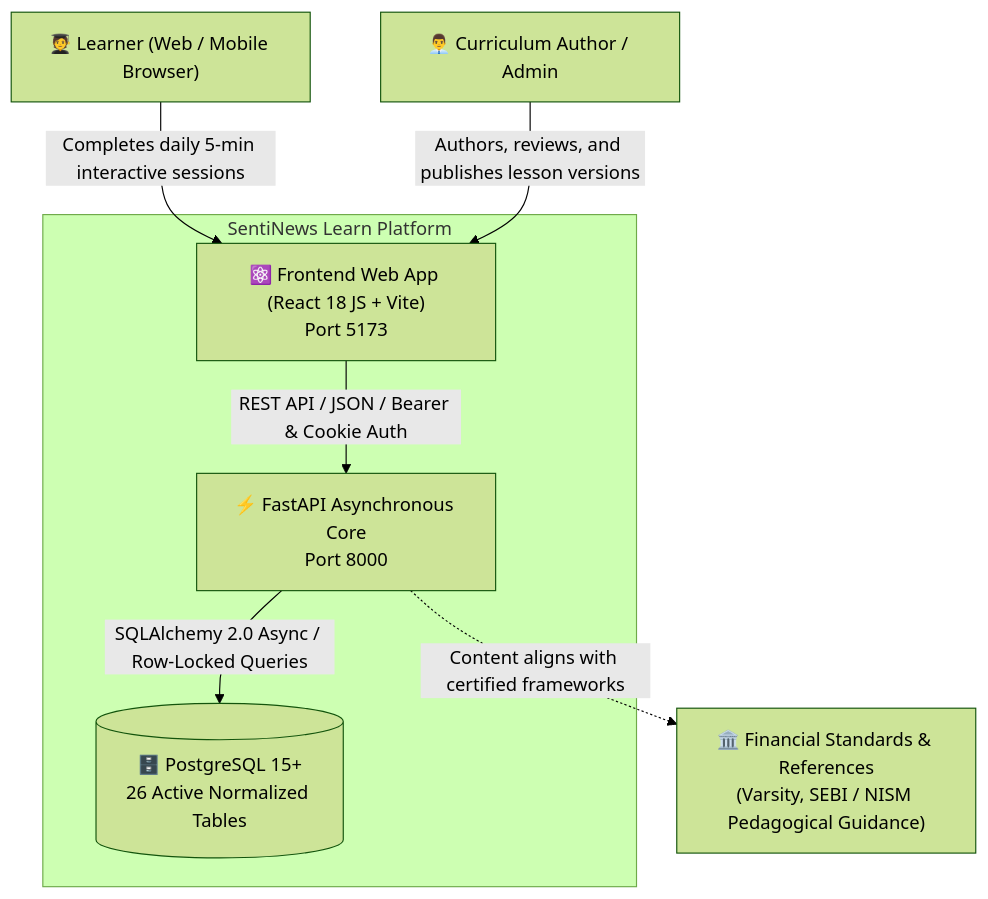
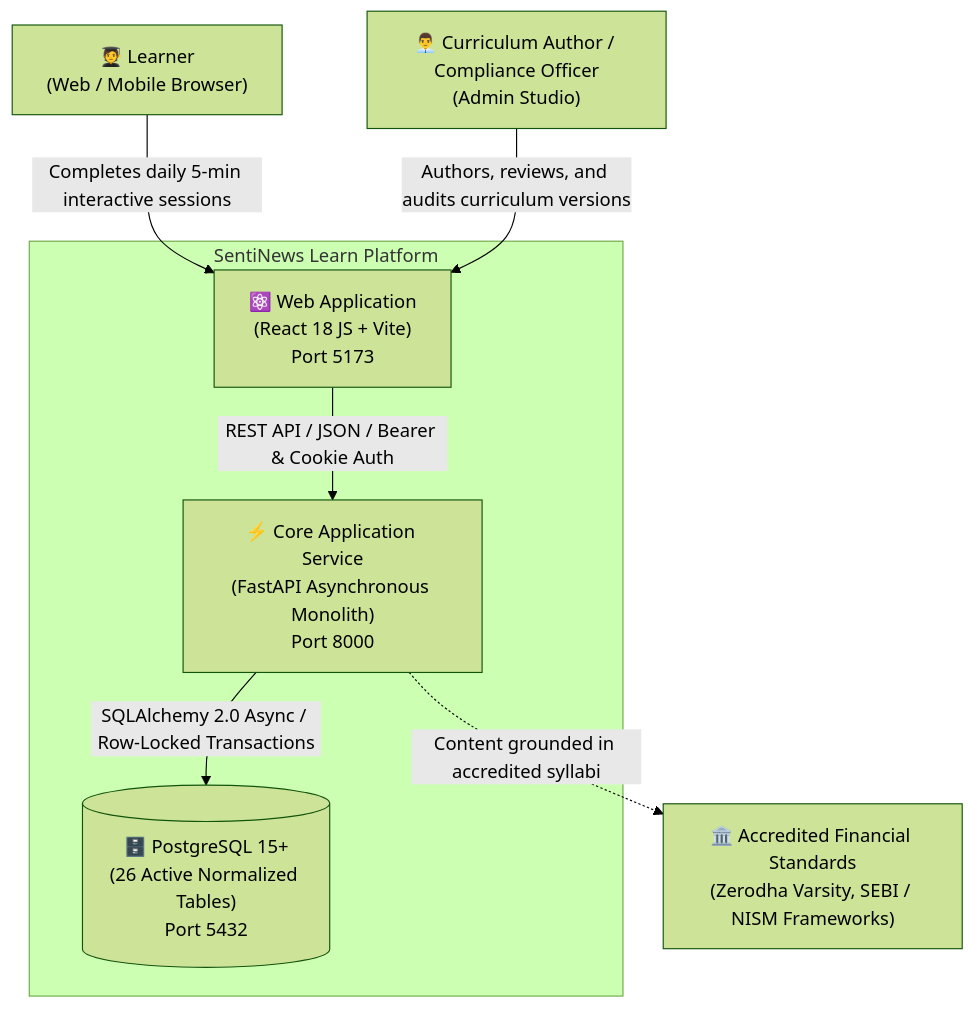
Before and after one commit to sunnyvelaga12/SentiNews-finlearn: the first of 5 diagrams in SENTINEWS_LEARN_AZ_PROJECT_REPORT.md, drawn with Mermaid (forest theme). The commit also changed other lines of this file, not shown here.

Commit message:
docs: reconcile canonical architecture v2.1 (reconcile P0 gaps, zero-network preview, mastery invariants, 6-tier status)

````diff
--- a/SENTINEWS_LEARN_AZ_PROJECT_REPORT.md
+++ b/SENTINEWS_LEARN_AZ_PROJECT_REPORT.md
@@ -43,19 +53,19 @@
 ```mermaid
 graph TD
-    Learner["🧑‍🎓 Learner (Web / Mobile Browser)"]
-    Admin["👨‍💼 Curriculum Author / Admin"]
+    Learner["🧑‍🎓 Learner<br/>(Web / Mobile Browser)"]
+    Author["👨‍💼 Curriculum Author / Compliance Officer<br/>(Admin Studio)"]
 
-    subgraph SentiNewsLearnPlatform ["SentiNews Learn Platform"]
-        FrontendApp["⚛️ Frontend Web App (React 18 JS + Vite)<br/>Port 5173"]
-        BackendAPI["⚡ FastAPI Asynchronous Core<br/>Port 8000"]
-        PostgresDB[("🗄️ PostgreSQL 15+<br/>26 Active Normalized Tables")]
+    subgraph PlatformBoundary ["SentiNews Learn Platform"]
+        FrontendApp["⚛️ Web Application<br/>(React 18 JS + Vite)<br/>Port 5173"]
+        BackendAPI["⚡ Core Application Service<br/>(FastAPI Asynchronous Monolith)<br/>Port 8000"]
+        Database[("🗄️ PostgreSQL 15+<br/>(26 Active Normalized Tables)<br/>Port 5432")]
     end
 
-    Regulators["🏛️ Financial Standards & References<br/>(Varsity, SEBI / NISM Pedagogical Guidance)"]
+    RegulatoryStandards["🏛️ Accredited Financial Standards<br/>(Zerodha Varsity, SEBI / NISM Frameworks)"]
 
     Learner -->|"Completes daily 5-min interactive sessions"| FrontendApp
-    Admin -->|"Authors, reviews, and publishes lesson versions"| FrontendApp
+    Author -->|"Authors, reviews, and audits curriculum versions"| FrontendApp
     FrontendApp -->|"REST API / JSON / Bearer & Cookie Auth"| BackendAPI
-    BackendAPI -->|"SQLAlchemy 2.0 Async / Row-Locked Queries"| PostgresDB
-    BackendAPI -.->|"Content aligns with certified frameworks"| Regulators
+    BackendAPI -->|"SQLAlchemy 2.0 Async / Row-Locked Transactions"| Database
+    BackendAPI -.->|"Content grounded in accredited syllabi"| RegulatoryStandards
 ```
````
